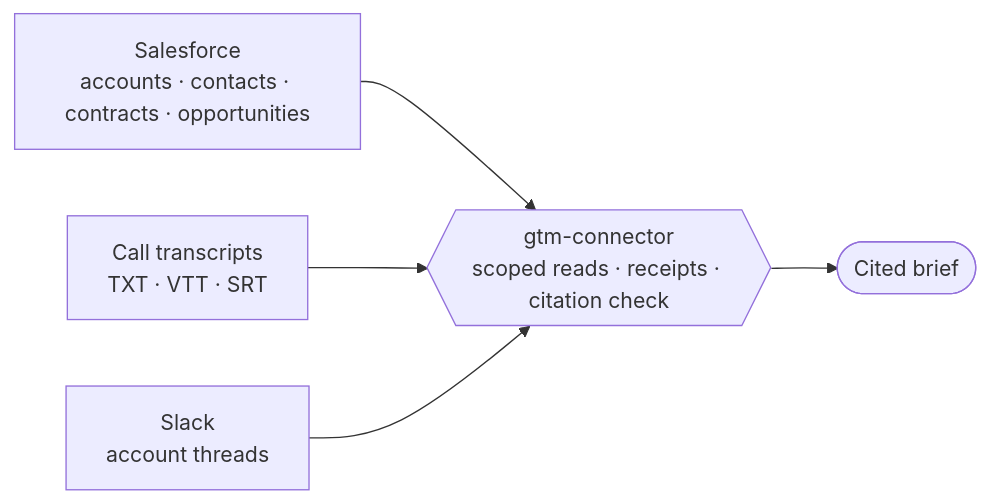
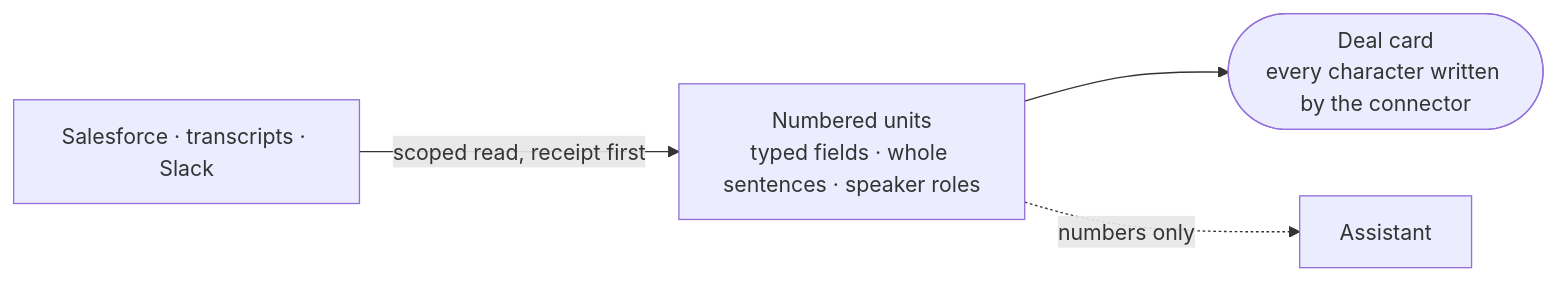
Before and after one commit to pwngh/gtm-connector: the diagram in README.md, drawn with Mermaid. The commit also changed other lines of this file and 77 other files, not shown here.

Commit message:
feat: deal card from numbered evidence units

````diff
--- a/README.md
+++ b/README.md
@@ -21,7 +53,6 @@
 ```mermaid
 flowchart LR
-    CRM["Salesforce<br/>accounts · contacts · contracts · opportunities"] --> G
-    CALLS["Call transcripts<br/>TXT · VTT · SRT"] --> G
-    SLACK["Slack<br/>account threads"] --> G
-    G{{"gtm-connector<br/>scoped reads · receipts · citation check"}} --> B(["Cited brief"])
+    S["Salesforce · transcripts · Slack"] -->|"scoped read, receipt first"| U["Numbered units<br/>typed fields · whole sentences · speaker roles"]
+    U --> C(["Deal card<br/>every character written by the connector"])
+    U -.->|"numbers only"| A["Assistant"]
 ```
````
